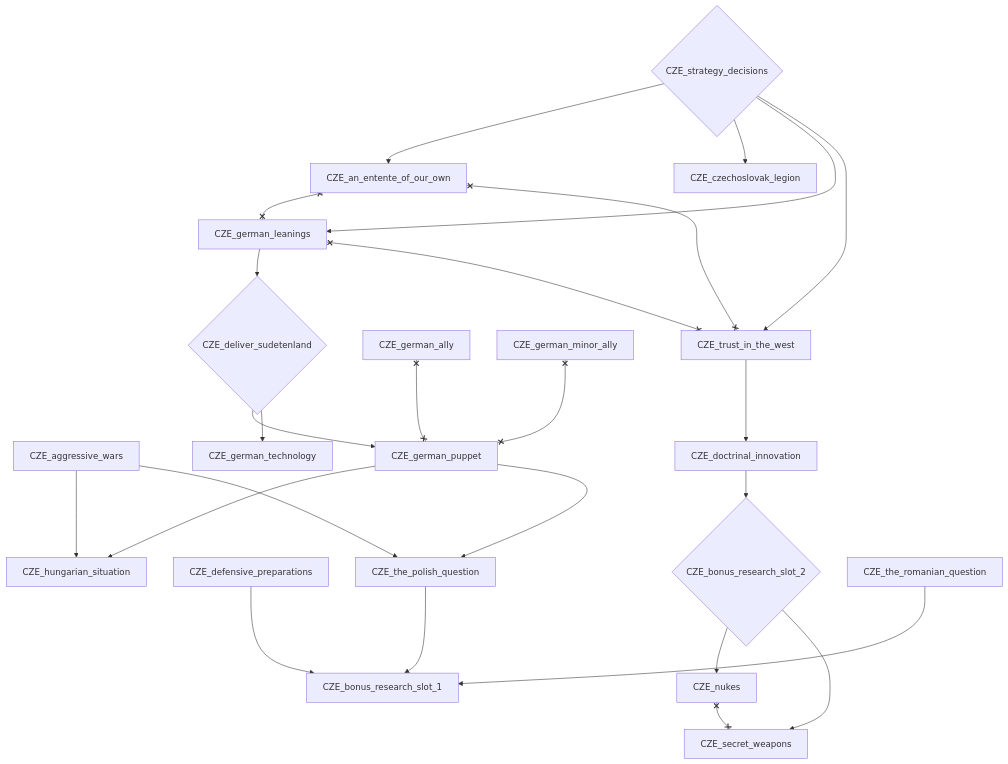
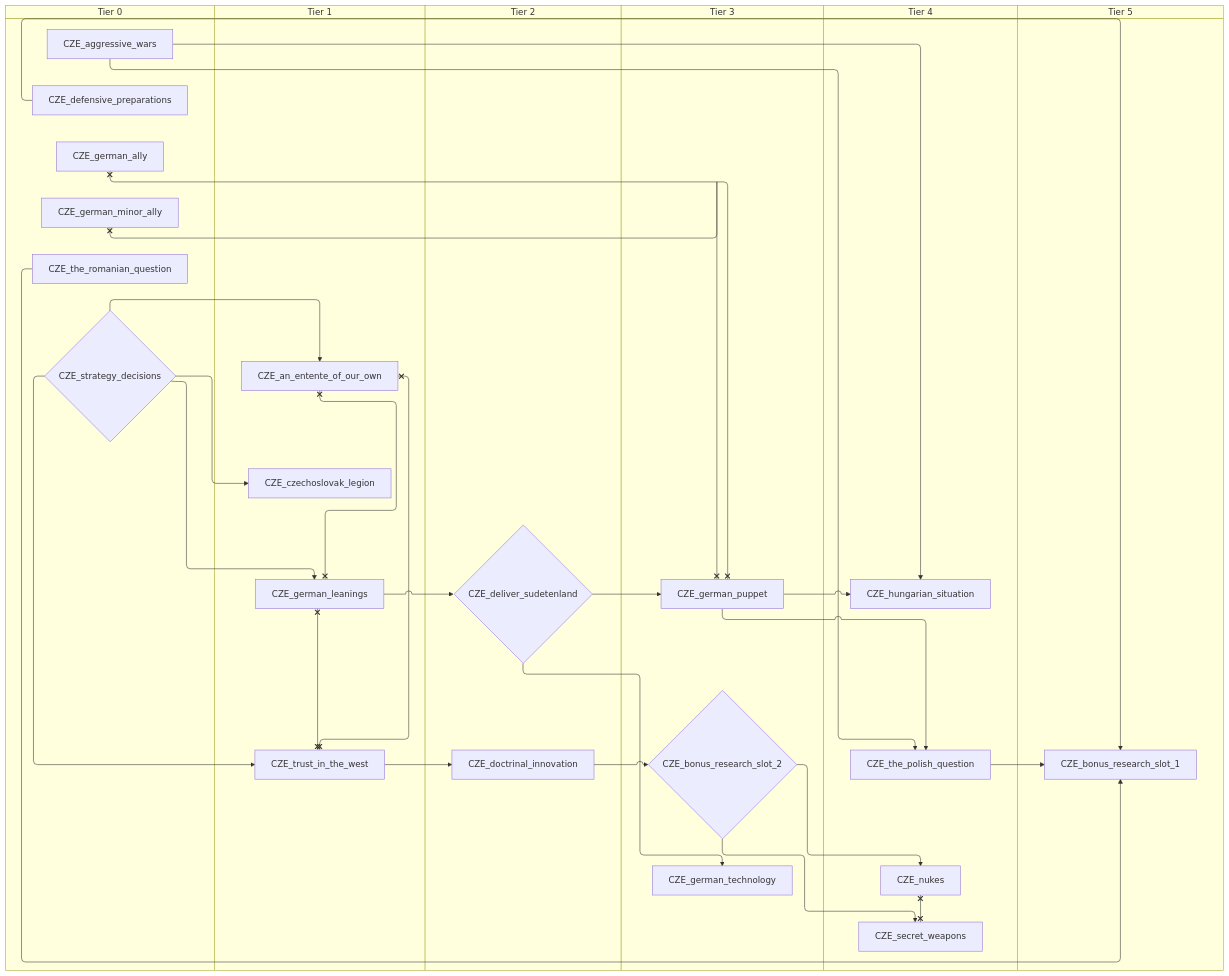
The seventh of 8 diagrams in docs/gdd/National Focuses/r56/czechoslovakia.md (evgeny-sobol/hoi4-sandbox-mode-r56), drawn with Mermaid before and after one commit. The commit also changed other lines of this file and 423 other files, not shown here.

First line of the commit message:
Re-export Rt56 focus trees as swimlane diagrams

````diff
--- a/docs/gdd/National Focuses/r56/czechoslovakia.md
+++ b/docs/gdd/National Focuses/r56/czechoslovakia.md
@@ -196,47 +252,59 @@
 ```mermaid
-flowchart TD
-    n49["CZE_aggressive_wars"]
-    n71["CZE_an_entente_of_our_own"]
-    n51["CZE_bonus_research_slot_1"]
-    n72{"CZE_bonus_research_slot_2"}
-    n73["CZE_czechoslovak_legion"]
-    n56["CZE_defensive_preparations"]
-    n74{"CZE_deliver_sudetenland"}
-    n75["CZE_doctrinal_innovation"]
-    n59["CZE_german_ally"]
-    n76["CZE_german_leanings"]
-    n60["CZE_german_minor_ally"]
-    n61["CZE_german_puppet"]
-    n77["CZE_german_technology"]
-    n64["CZE_hungarian_situation"]
-    n78["CZE_nukes"]
-    n79["CZE_secret_weapons"]
-    n80{"CZE_strategy_decisions"}
-    n69["CZE_the_polish_question"]
-    n70["CZE_the_romanian_question"]
-    n81["CZE_trust_in_the_west"]
-    n80 --> n71
-    n70 --> n51
-    n56 --> n51
-    n69 --> n51
-    n75 --> n72
-    n80 --> n73
-    n76 --> n74
-    n81 --> n75
-    n80 --> n76
-    n74 --> n61
-    n74 --> n77
-    n61 --> n64
-    n49 --> n64
-    n72 --> n78
-    n72 --> n79
-    n49 --> n69
-    n61 --> n69
-    n80 --> n81
-    n71 x--x n76
-    n71 x--x n81
-    n59 x--x n61
-    n76 x--x n81
-    n60 x--x n61
-    n78 x--x n79
+swimlane-beta TD
+    subgraph tier_0["Tier 0"]
+        n57["CZE_aggressive_wars"]
+        n59["CZE_defensive_preparations"]
+        n64["CZE_german_ally"]
+        n65["CZE_german_minor_ally"]
+        n71{"CZE_strategy_decisions"}
+        n68["CZE_the_romanian_question"]
+    end
+    subgraph tier_1["Tier 1"]
+        n72["CZE_an_entente_of_our_own"]
+        n73["CZE_czechoslovak_legion"]
+        n74["CZE_german_leanings"]
+        n75["CZE_trust_in_the_west"]
+    end
+    subgraph tier_2["Tier 2"]
+        n76{"CZE_deliver_sudetenland"}
+        n77["CZE_doctrinal_innovation"]
+    end
+    subgraph tier_3["Tier 3"]
+        n78{"CZE_bonus_research_slot_2"}
+        n49["CZE_german_puppet"]
+        n79["CZE_german_technology"]
+    end
+    subgraph tier_4["Tier 4"]
+        n66["CZE_hungarian_situation"]
+        n80["CZE_nukes"]
+        n81["CZE_secret_weapons"]
+        n67["CZE_the_polish_question"]
+    end
+    subgraph tier_5["Tier 5"]
+        n69["CZE_bonus_research_slot_1"]
+    end
+    n71 --> n72
+    n68 --> n69
+    n59 --> n69
+    n67 --> n69
+    n77 --> n78
+    n71 --> n73
+    n74 --> n76
+    n75 --> n77
+    n71 --> n74
+    n76 --> n49
+    n76 --> n79
+    n49 --> n66
+    n57 --> n66
+    n78 --> n80
+    n78 --> n81
+    n57 --> n67
+    n49 --> n67
+    n71 --> n75
+    n72 x--x n74
+    n72 x--x n75
+    n64 x--x n49
+    n74 x--x n75
+    n65 x--x n49
+    n80 x--x n81
 ```
````
